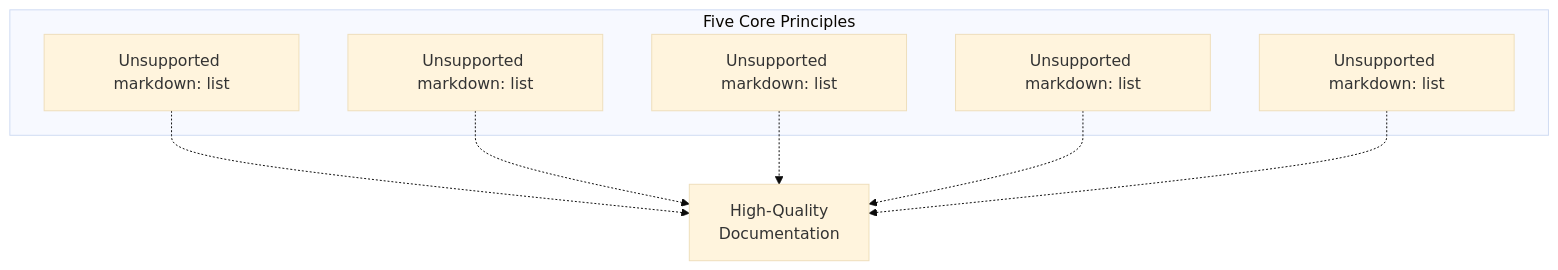
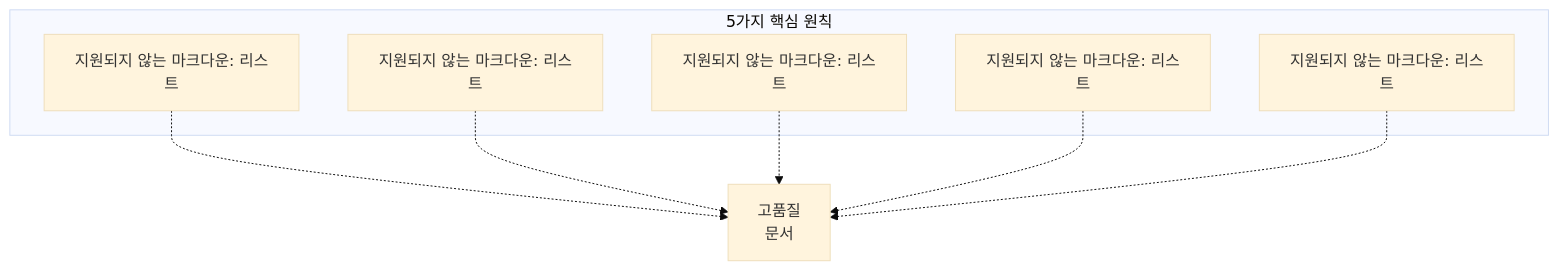
Before and after one commit to felipetruman/oh-my-opencode-docs: the third of 8 diagrams in docs/agents/document-writer.md, drawn with Mermaid (base theme). The commit also changed other lines of this file and 76 other files, not shown here.

````diff
--- a/docs/agents/document-writer.md
+++ b/docs/agents/document-writer.md
@@ -151,24 +151,24 @@
 ```mermaid
 flowchart TD
 
-P1["Unsupported markdown: list"]
-P2["Unsupported markdown: list"]
-P3["Unsupported markdown: list"]
-P4["Unsupported markdown: list"]
-P5["Unsupported markdown: list"]
-Output["High-Quality<br>Documentation"]
+P1["지원되지 않는 마크다운: 리스트"]
+P2["지원되지 않는 마크다운: 리스트"]
+P3["지원되지 않는 마크다운: 리스트"]
+P4["지원되지 않는 마크다운: 리스트"]
+P5["지원되지 않는 마크다운: 리스트"]
+Output["고품질<br>문서"]
 
 P1 -.-> Output
 P2 -.-> Output
 P3 -.-> Output
 P4 -.-> Output
 P5 -.-> Output
 
-subgraph Principles ["Five Core Principles"]
+subgraph Principles ["5가지 핵심 원칙"]
     P1
     P2
     P3
     P4
     P5
 end
 ```
````
